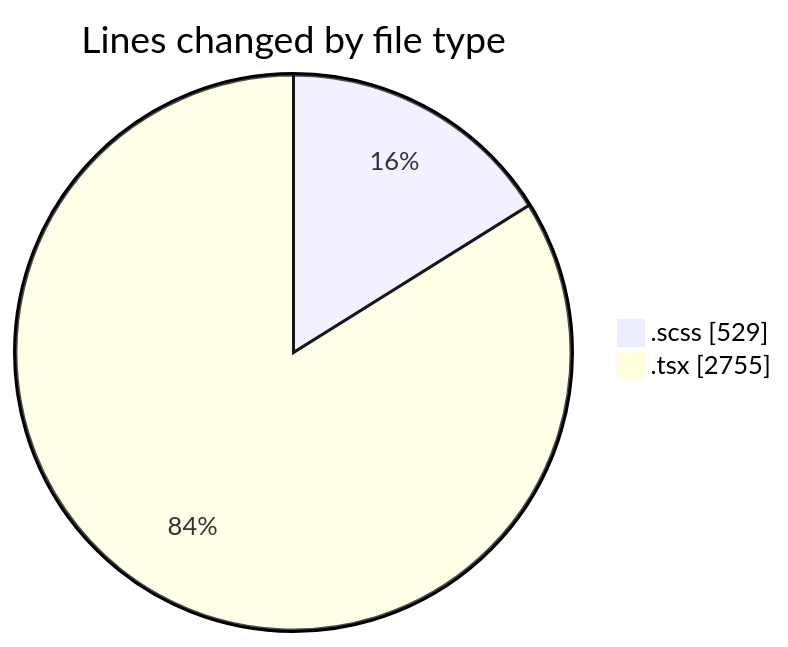
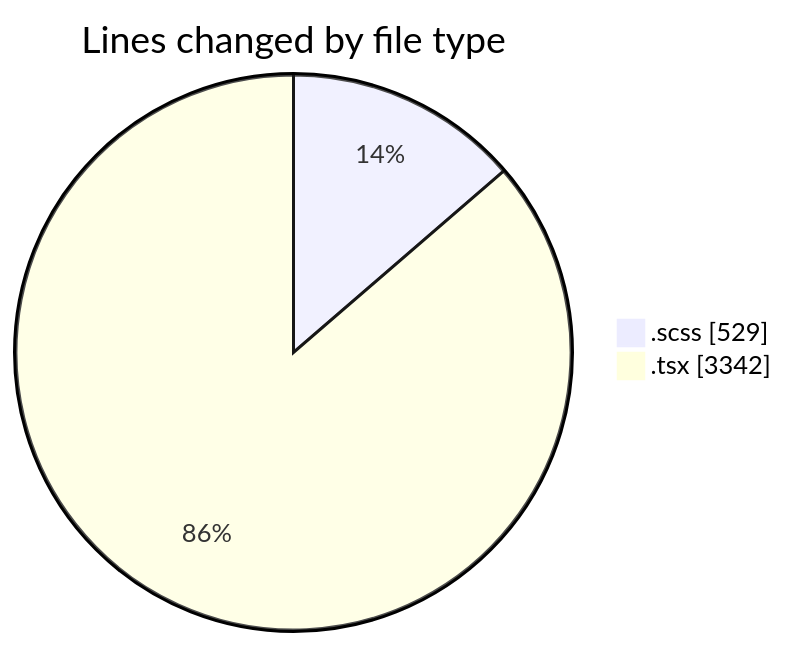
The first of 2 diagrams in 2025-08-28/cda/README.md (momahboobian/code-tracking), drawn with Mermaid before and after one commit. The commit also changed other lines of this file and 1 other file, not shown here.

````diff
--- a/2025-08-28/cda/README.md
+++ b/2025-08-28/cda/README.md
@@ -28,6 +28,6 @@
 ```mermaid
 pie showData
 title Lines changed by file type
 ".scss" : 529
-".tsx" : 2755
+".tsx" : 3342
 ```
````
